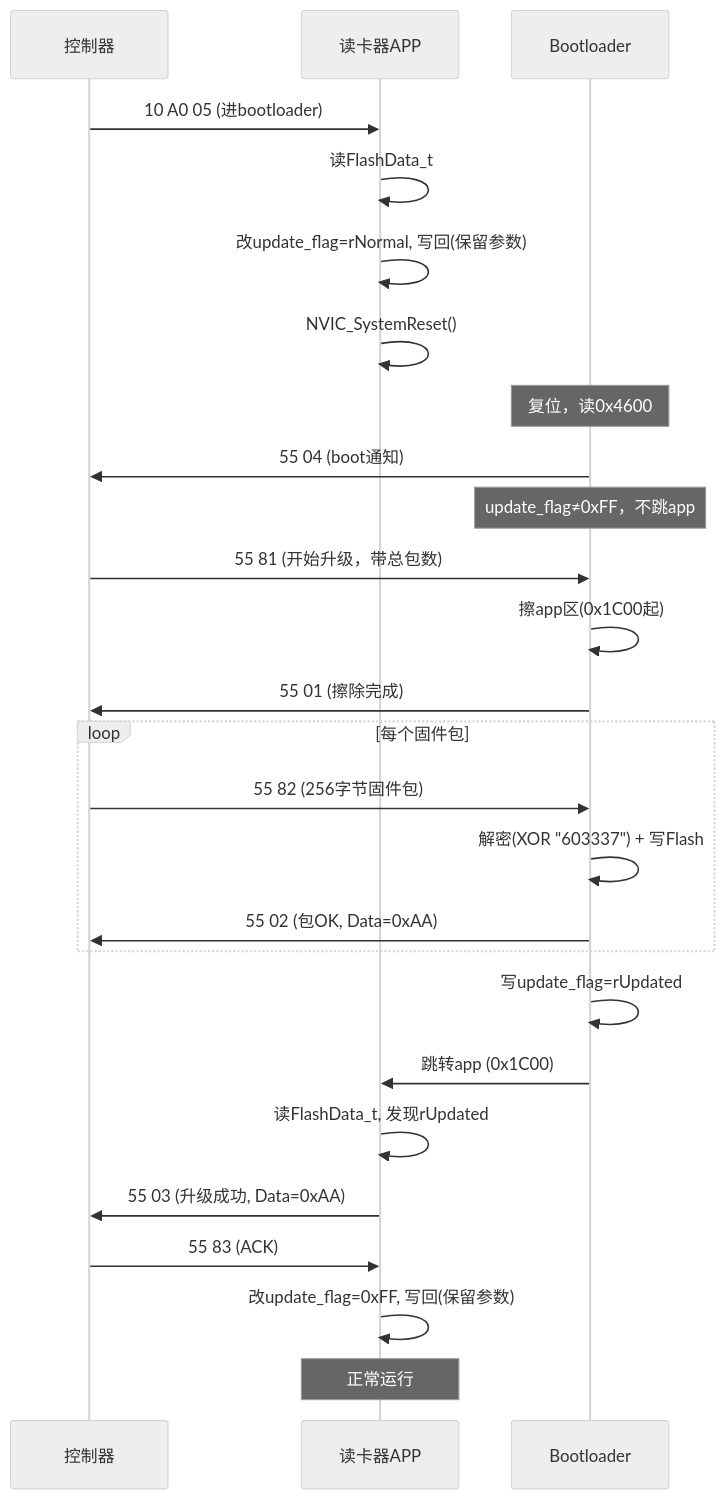
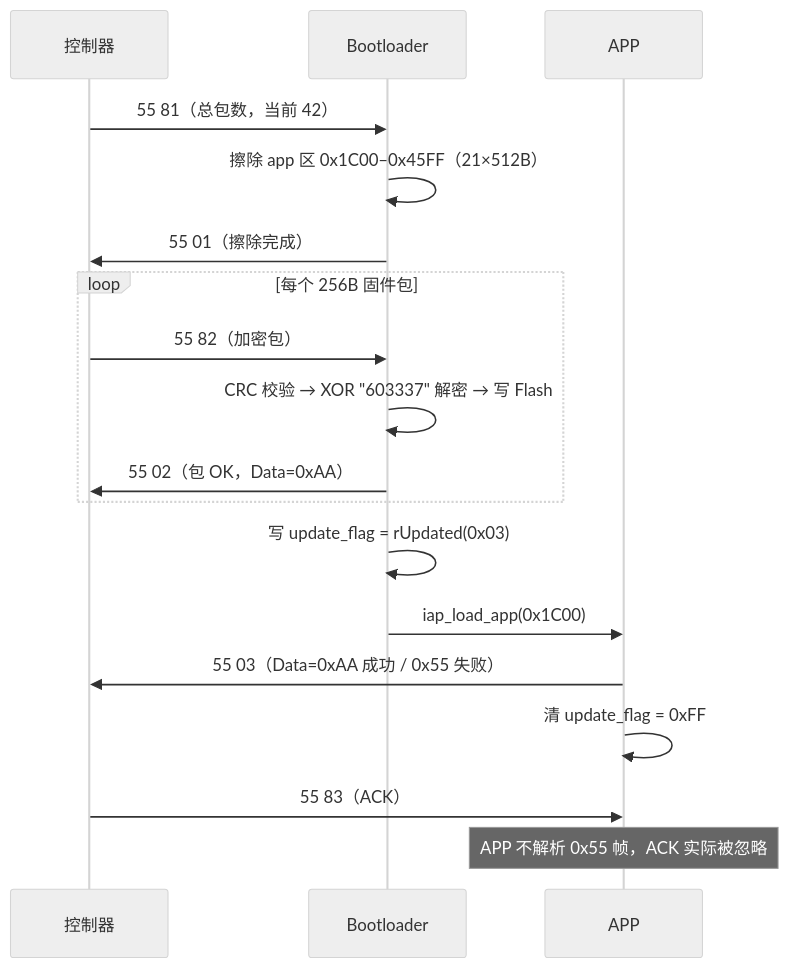
One commit to Siaiai/ObsidianNote changed the second of 10 diagrams in 工作/SR3读卡器/260804SR3框架整理.md. Above: the diagram before and after it, drawn with Mermaid (neutral theme). The commit also changed other lines of this file and 2 other files, not shown here.

````diff
--- a/工作/SR3读卡器/260804SR3框架整理.md
+++ b/工作/SR3读卡器/260804SR3框架整理.md
@@ -45,34 +89,24 @@
 ```mermaid
 sequenceDiagram
     participant 控制器
-    participant 读卡器APP
     participant Bootloader
+    participant APP
 
-    控制器->>读卡器APP: 10 A0 05 (进bootloader)
-    读卡器APP->>读卡器APP: 读FlashData_t
-    读卡器APP->>读卡器APP: 改update_flag=rNormal, 写回(保留参数)
-    读卡器APP->>读卡器APP: NVIC_SystemReset()
+    控制器->>Bootloader: 55 81（总包数，当前 42）
+    Bootloader->>Bootloader: 擦除 app 区 0x1C00–0x45FF（21×512B）
+    Bootloader->>控制器: 55 01（擦除完成）
 
-    Note over Bootloader: 复位，读0x4600
-    Bootloader->>控制器: 55 04 (boot通知)
-    Note over Bootloader: update_flag≠0xFF，不跳app
-
-    控制器->>Bootloader: 55 81 (开始升级，带总包数)
-    Bootloader->>Bootloader: 擦app区(0x1C00起)
-    Bootloader->>控制器: 55 01 (擦除完成)
-
-    loop 每个固件包
-        控制器->>Bootloader: 55 82 (256字节固件包)
-        Bootloader->>Bootloader: 解密(XOR "603337") + 写Flash
-        Bootloader->>控制器: 55 02 (包OK, Data=0xAA)
+    loop 每个 256B 固件包
+        控制器->>Bootloader: 55 82（加密包）
+        Bootloader->>Bootloader: CRC 校验 → XOR "603337" 解密 → 写 Flash
+        Bootloader->>控制器: 55 02（包 OK，Data=0xAA）
     end
 
-    Bootloader->>Bootloader: 写update_flag=rUpdated
-    Bootloader->>读卡器APP: 跳转app (0x1C00)
+    Bootloader->>Bootloader: 写 update_flag = rUpdated(0x03)
+    Bootloader->>APP: iap_load_app(0x1C00)
 
-    读卡器APP->>读卡器APP: 读FlashData_t, 发现rUpdated
-    读卡器APP->>控制器: 55 03 (升级成功, Data=0xAA)
-    控制器->>读卡器APP: 55 83 (ACK)
-    读卡器APP->>读卡器APP: 改update_flag=0xFF, 写回(保留参数)
-    Note over 读卡器APP: 正常运行
+    APP->>控制器: 55 03（Data=0xAA 成功 / 0x55 失败）
+    APP->>APP: 清 update_flag = 0xFF
+    控制器->>APP: 55 83（ACK）
+    Note over APP: APP 不解析 0x55 帧，ACK 实际被忽略
 ```
````
